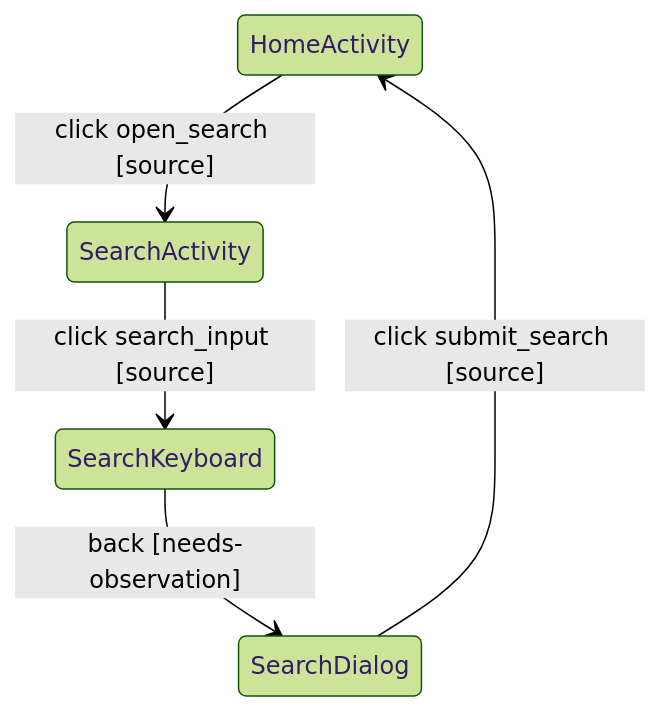
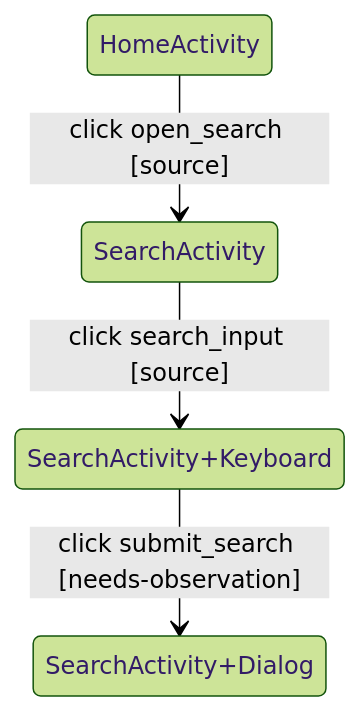
One commit to caikaidev/TapHound changed the diagram in assets/skills/taphound-ai-journey/templates/taphound-journey-brief.example.md. Above: the diagram before and after it, drawn with Mermaid (forest theme). The commit also changed other lines of this file, not shown here.

Commit message:
fix(skill): make brief v2 template state map coherent with search scenario

````diff
--- a/assets/skills/taphound-ai-journey/templates/taphound-journey-brief.example.md
+++ b/assets/skills/taphound-ai-journey/templates/taphound-journey-brief.example.md
@@ -25,7 +25,6 @@
 ```mermaid
 stateDiagram-v2
     HomeActivity --> SearchActivity: click open_search [source]
-    SearchActivity --> SearchKeyboard: click search_input [source]
-    SearchKeyboard --> SearchDialog: back [needs-observation]
-    SearchDialog --> HomeActivity: click submit_search [source]
+    SearchActivity --> SearchActivity+Keyboard: click search_input [source]
+    SearchActivity+Keyboard --> SearchActivity+Dialog: click submit_search [needs-observation]
 ```
````
